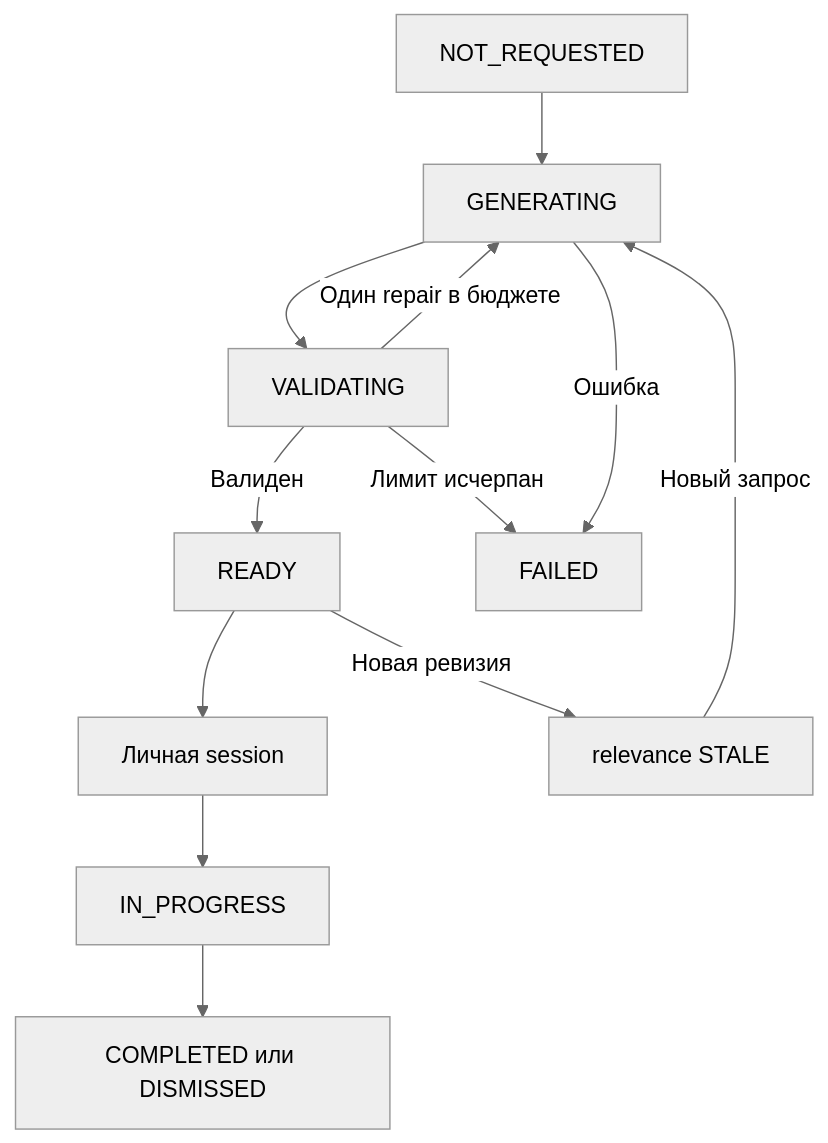
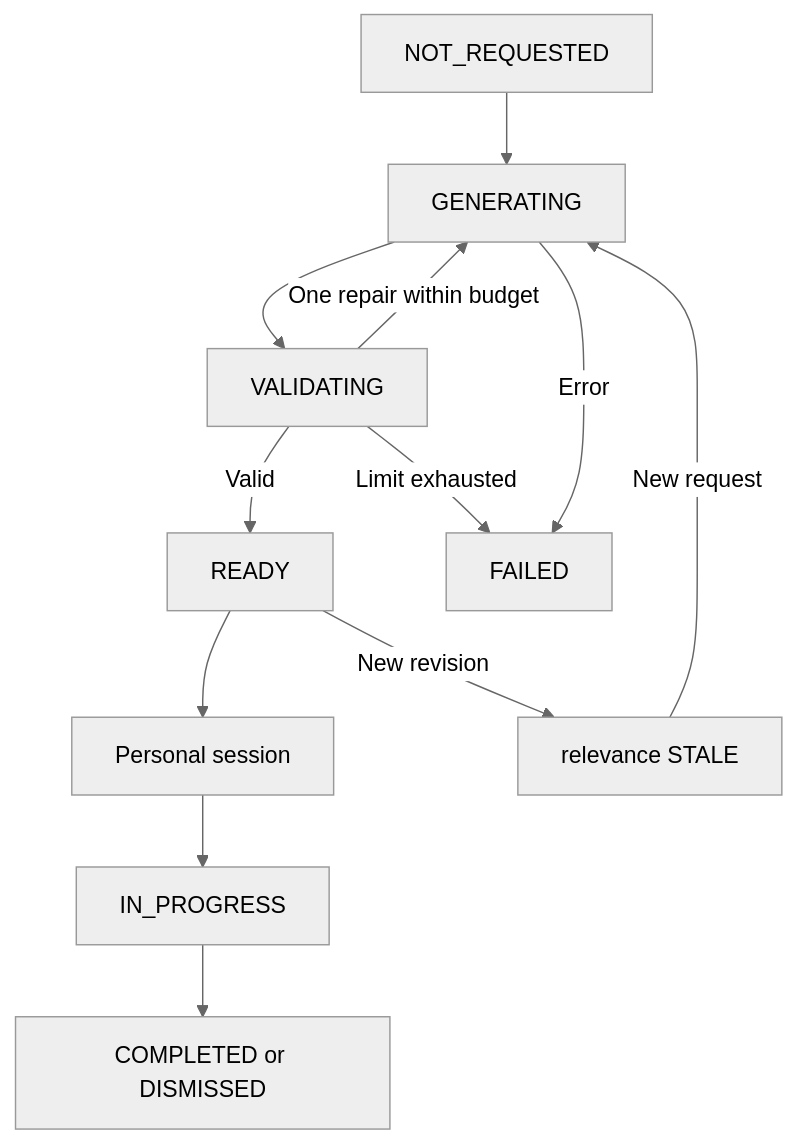
Before and after one commit to bondiano/sych: the fourth of 4 diagrams in docs/SYCH_SPEC.md, drawn with Mermaid (neutral theme). The commit also changed other lines of this file and 22 other files, not shown here.

````diff
--- a/docs/SYCH_SPEC.md
+++ b/docs/SYCH_SPEC.md
@@ -1643,14 +1643,14 @@
 ```mermaid
 flowchart TD
     N["NOT_REQUESTED"] --> G["GENERATING"]
     G --> V["VALIDATING"]
-    V -->|"Один repair в бюджете"| G
-    V -->|"Валиден"| R["READY"]
-    V -->|"Лимит исчерпан"| F["FAILED"]
-    G -->|"Ошибка"| F
-    R --> S["Личная session"]
+    V -->|"One repair within budget"| G
+    V -->|"Valid"| R["READY"]
+    V -->|"Limit exhausted"| F["FAILED"]
+    G -->|"Error"| F
+    R --> S["Personal session"]
     S --> I["IN_PROGRESS"]
-    I --> C["COMPLETED или DISMISSED"]
-    R -->|"Новая ревизия"| X["relevance STALE"]
-    X -->|"Новый запрос"| G
+    I --> C["COMPLETED or DISMISSED"]
+    R -->|"New revision"| X["relevance STALE"]
+    X -->|"New request"| G
 ```
````
